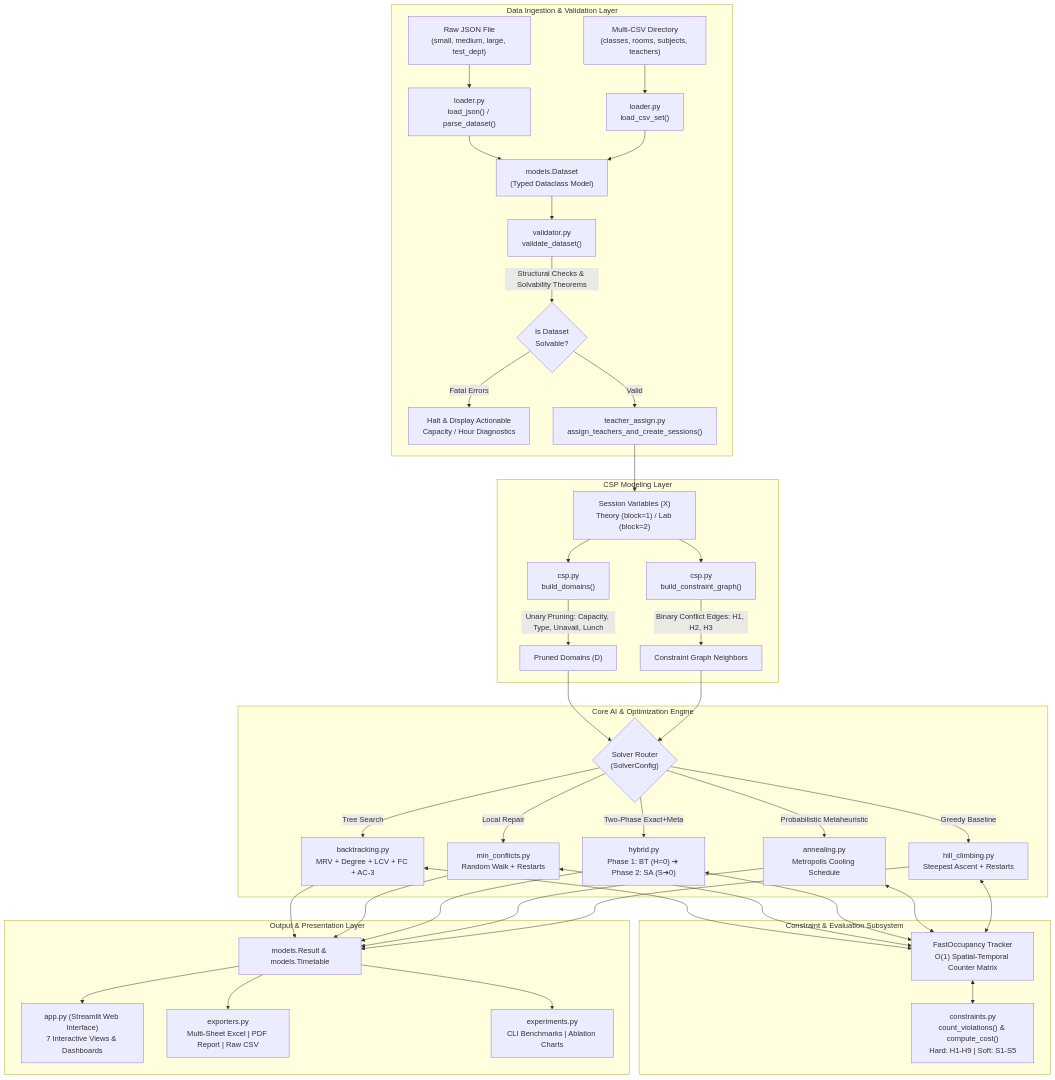
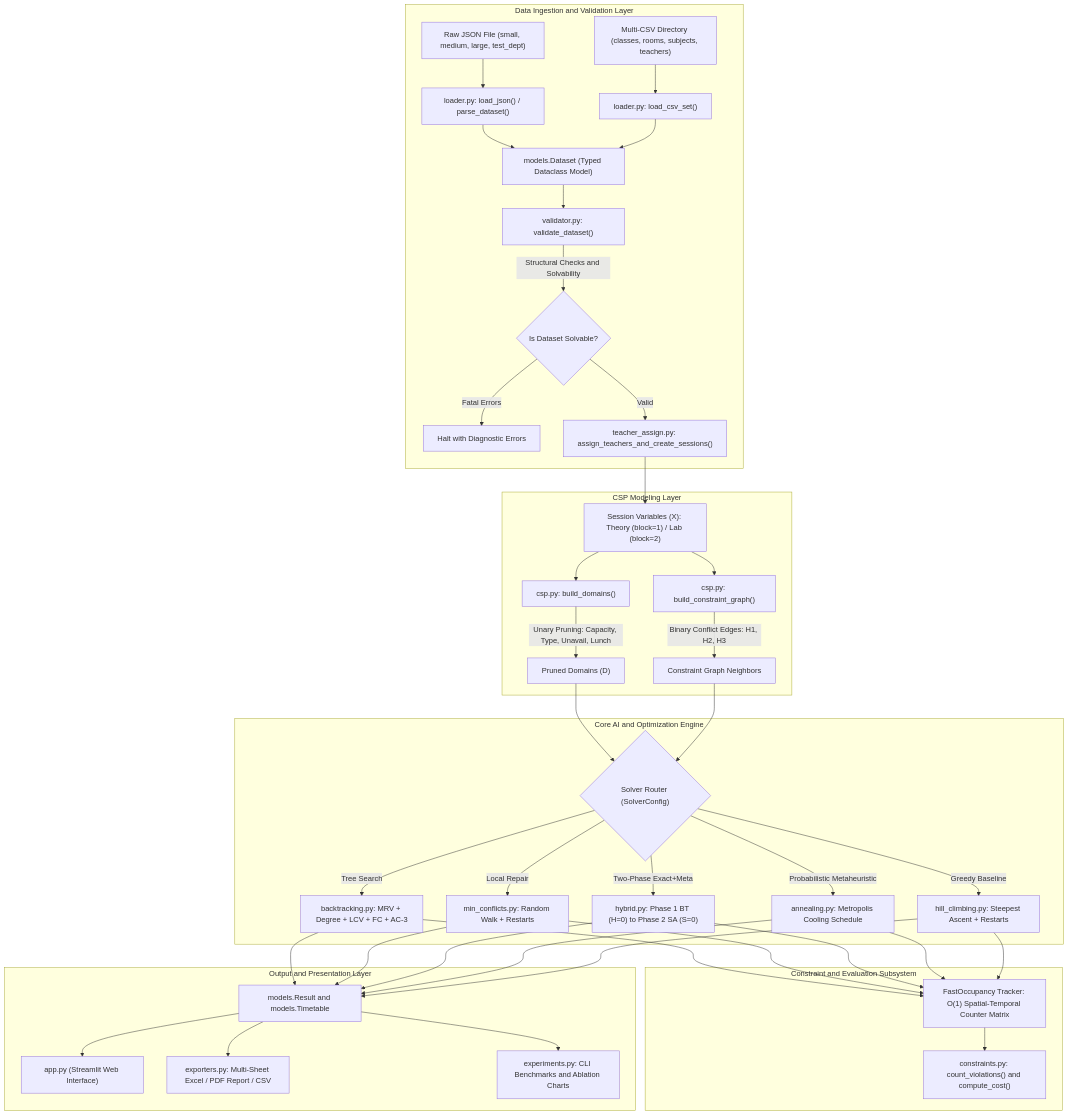
The first of 3 diagrams in README.md (2025kuad3014-bit/timetable-scheduler), drawn with Mermaid before and after one commit. The commit also changed other lines of this file, not shown here.

Commit message:
Docs: Fix Mermaid diagram syntax and KaTeX math notation for GitHub rendering

````diff
--- a/README.md
+++ b/README.md
@@ -84,42 +84,42 @@
 ```mermaid
 graph TB
-    subgraph Data Ingestion & Validation Layer
-        D1["Raw JSON File<br/>(small, medium, large, test_dept)"] --> L1["loader.py<br/>load_json() / parse_dataset()"]
-        D2["Multi-CSV Directory<br/>(classes, rooms, subjects, teachers)"] --> L2["loader.py<br/>load_csv_set()"]
-        L1 --> DS["models.Dataset<br/>(Typed Dataclass Model)"]
+    subgraph Data Ingestion and Validation Layer
+        D1["Raw JSON File (small, medium, large, test_dept)"] --> L1["loader.py: load_json() / parse_dataset()"]
+        D2["Multi-CSV Directory (classes, rooms, subjects, teachers)"] --> L2["loader.py: load_csv_set()"]
+        L1 --> DS["models.Dataset (Typed Dataclass Model)"]
         L2 --> DS
-        DS --> V1["validator.py<br/>validate_dataset()"]
-        V1 -->|Structural Checks & Solvability Theorems| V_DEC{"Is Dataset<br/>Solvable?"}
-        V_DEC -->|Fatal Errors| ERR["Halt & Display Actionable<br/>Capacity / Hour Diagnostics"]
-        V_DEC -->|Valid| TA["teacher_assign.py<br/>assign_teachers_and_create_sessions()"]
+        DS --> V1["validator.py: validate_dataset()"]
+        V1 -->|Structural Checks and Solvability| V_DEC{"Is Dataset Solvable?"}
+        V_DEC -->|Fatal Errors| ERR["Halt with Diagnostic Errors"]
+        V_DEC -->|Valid| TA["teacher_assign.py: assign_teachers_and_create_sessions()"]
     end
 
     subgraph CSP Modeling Layer
-        TA --> SESS["Session Variables (X)<br/>Theory (block=1) / Lab (block=2)"]
-        SESS --> CSP_D["csp.py<br/>build_domains()"]
-        SESS --> CSP_G["csp.py<br/>build_constraint_graph()"]
+        TA --> SESS["Session Variables (X): Theory (block=1) / Lab (block=2)"]
+        SESS --> CSP_D["csp.py: build_domains()"]
+        SESS --> CSP_G["csp.py: build_constraint_graph()"]
         CSP_D -->|Unary Pruning: Capacity, Type, Unavail, Lunch| DOMAINS["Pruned Domains (D)"]
         CSP_G -->|Binary Conflict Edges: H1, H2, H3| GRAPH["Constraint Graph Neighbors"]
     end
 
-    subgraph Core AI & Optimization Engine
-        DOMAINS & GRAPH --> S_ROUTER{"Solver Router<br/>(SolverConfig)"}
-        S_ROUTER -->|Tree Search| BT["backtracking.py<br/>MRV + Degree + LCV + FC + AC-3"]
-        S_ROUTER -->|Local Repair| MC["min_conflicts.py<br/>Random Walk + Restarts"]
-        S_ROUTER -->|Two-Phase Exact+Meta| HYB["hybrid.py<br/>Phase 1: BT (H=0) ➔ Phase 2: SA (S➔0)"]
-        S_ROUTER -->|Probabilistic Metaheuristic| SA["annealing.py<br/>Metropolis Cooling Schedule"]
-        S_ROUTER -->|Greedy Baseline| HC["hill_climbing.py<br/>Steepest Ascent + Restarts"]
+    subgraph Core AI and Optimization Engine
+        DOMAINS & GRAPH --> S_ROUTER{"Solver Router (SolverConfig)"}
+        S_ROUTER -->|Tree Search| BT["backtracking.py: MRV + Degree + LCV + FC + AC-3"]
+        S_ROUTER -->|Local Repair| MC["min_conflicts.py: Random Walk + Restarts"]
+        S_ROUTER -->|Two-Phase Exact+Meta| HYB["hybrid.py: Phase 1 BT (H=0) to Phase 2 SA (S=0)"]
+        S_ROUTER -->|Probabilistic Metaheuristic| SA["annealing.py: Metropolis Cooling Schedule"]
+        S_ROUTER -->|Greedy Baseline| HC["hill_climbing.py: Steepest Ascent + Restarts"]
     end
 
-    subgraph Constraint & Evaluation Subsystem
-        BT & MC & HYB & SA & HC <--> FO["FastOccupancy Tracker<br/>O(1) Spatial-Temporal Counter Matrix"]
-        FO <--> CONST["constraints.py<br/>count_violations() & compute_cost()<br/>Hard: H1-H9 | Soft: S1-S5"]
+    subgraph Constraint and Evaluation Subsystem
+        BT & MC & HYB & SA & HC --> FO["FastOccupancy Tracker: O(1) Spatial-Temporal Counter Matrix"]
+        FO --> CONST["constraints.py: count_violations() and compute_cost()"]
     end
 
-    subgraph Output & Presentation Layer
-        BT & MC & HYB & SA & HC --> RES["models.Result & models.Timetable"]
-        RES --> ST_APP["app.py (Streamlit Web Interface)<br/>7 Interactive Views & Dashboards"]
-        RES --> EXP["exporters.py<br/>Multi-Sheet Excel | PDF Report | Raw CSV"]
-        RES --> EXP_CLI["experiments.py<br/>CLI Benchmarks | Ablation Charts"]
+    subgraph Output and Presentation Layer
+        BT & MC & HYB & SA & HC --> RES["models.Result and models.Timetable"]
+        RES --> ST_APP["app.py (Streamlit Web Interface)"]
+        RES --> EXP["exporters.py: Multi-Sheet Excel / PDF Report / CSV"]
+        RES --> EXP_CLI["experiments.py: CLI Benchmarks and Ablation Charts"]
     end
 ```
````
